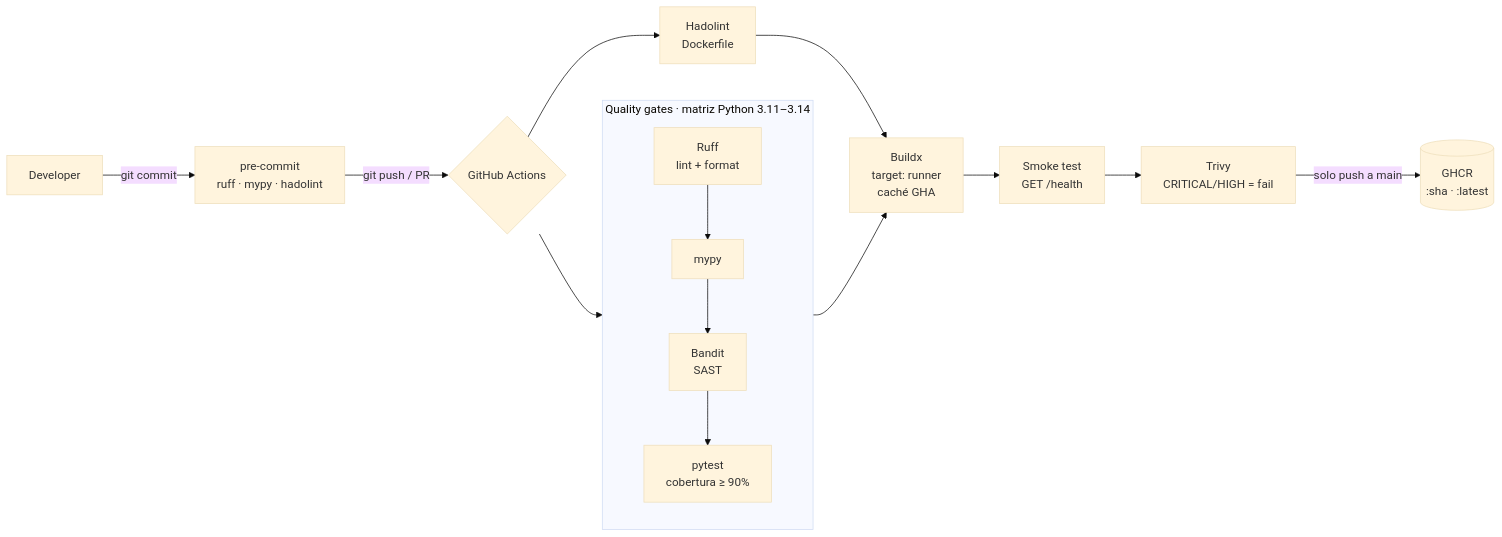
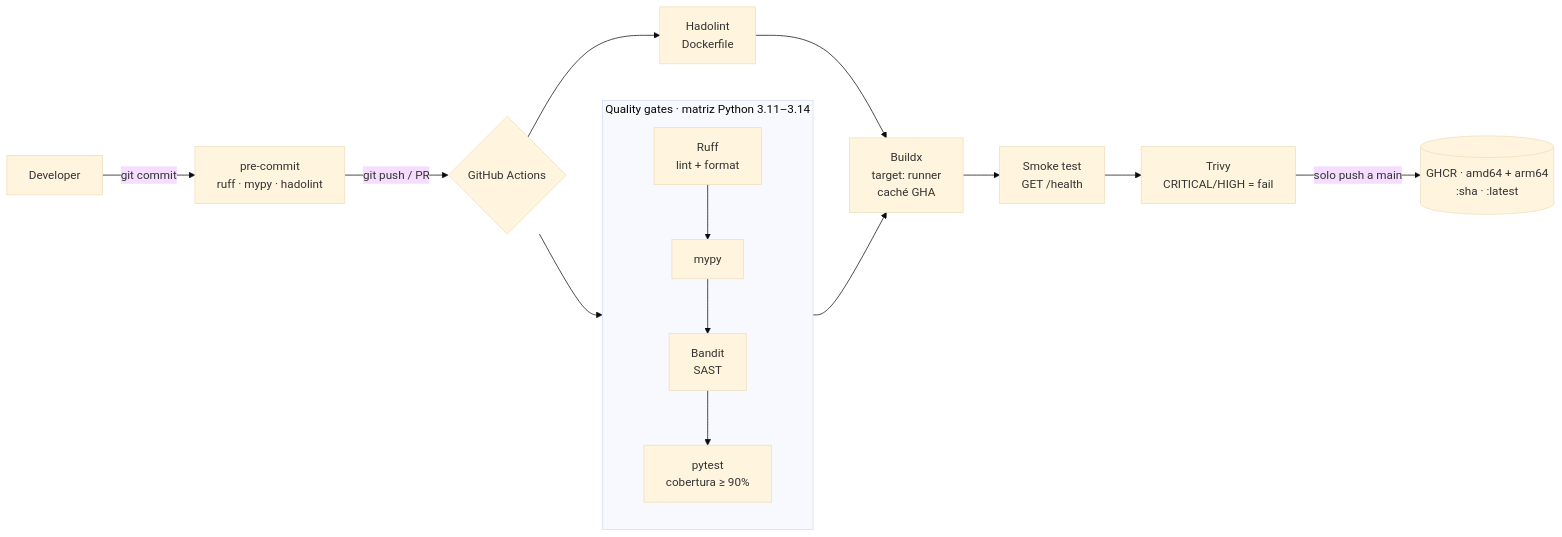
Before and after one commit to DiegoTepichin/cicd-pipeline: the first of 2 diagrams in README.es.md, drawn with Mermaid (base theme). The commit also changed other lines of this file and 1 other file, not shown here.

Commit message:
docs(readme): document multi-arch GHCR images

````diff
--- a/README.es.md
+++ b/README.es.md
@@ -34,17 +34,17 @@
 ```mermaid
 flowchart LR
     dev[Developer] -->|git commit| hooks[pre-commit<br/>ruff · mypy · hadolint]
     hooks -->|git push / PR| gha{GitHub Actions}
 
     subgraph QG[Quality gates · matriz Python 3.11–3.14]
         lint[Ruff<br/>lint + format] --> types[mypy] --> sast[Bandit<br/>SAST] --> tests[pytest<br/>cobertura ≥ 90%]
     end
     gha --> QG
     gha --> hl[Hadolint<br/>Dockerfile]
 
     QG --> build[Buildx<br/>target: runner<br/>caché GHA]
     hl --> build
     build --> smoke[Smoke test<br/>GET /health]
     smoke --> trivy[Trivy<br/>CRITICAL/HIGH = fail]
-    trivy -->|solo push a main| ghcr[(GHCR<br/>:sha · :latest)]
+    trivy -->|solo push a main| ghcr[(GHCR · amd64 + arm64<br/>:sha · :latest)]
 ```
````
